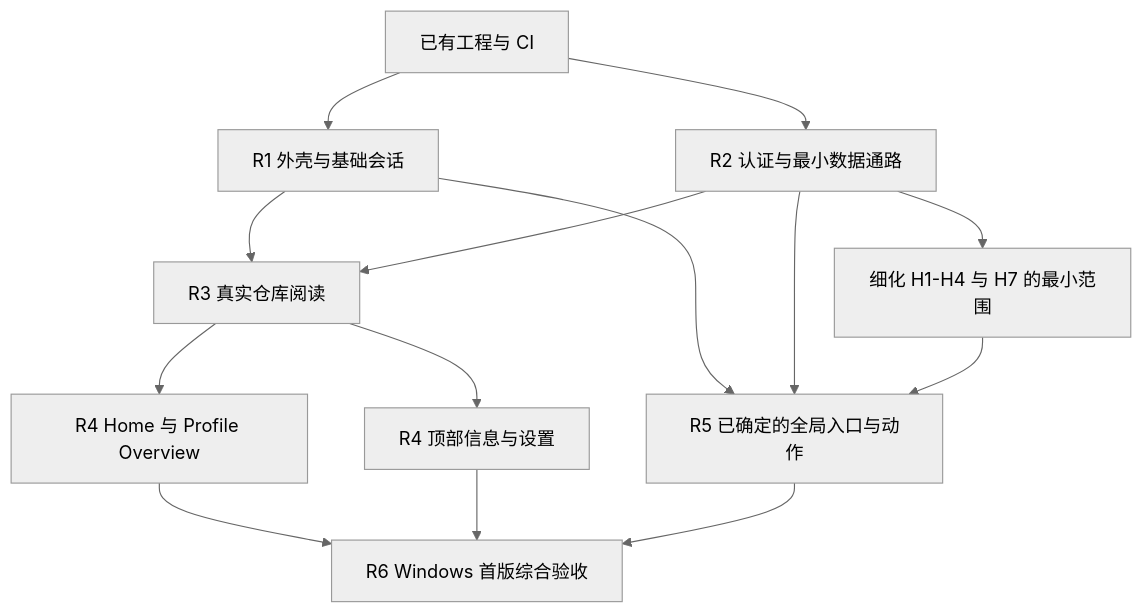
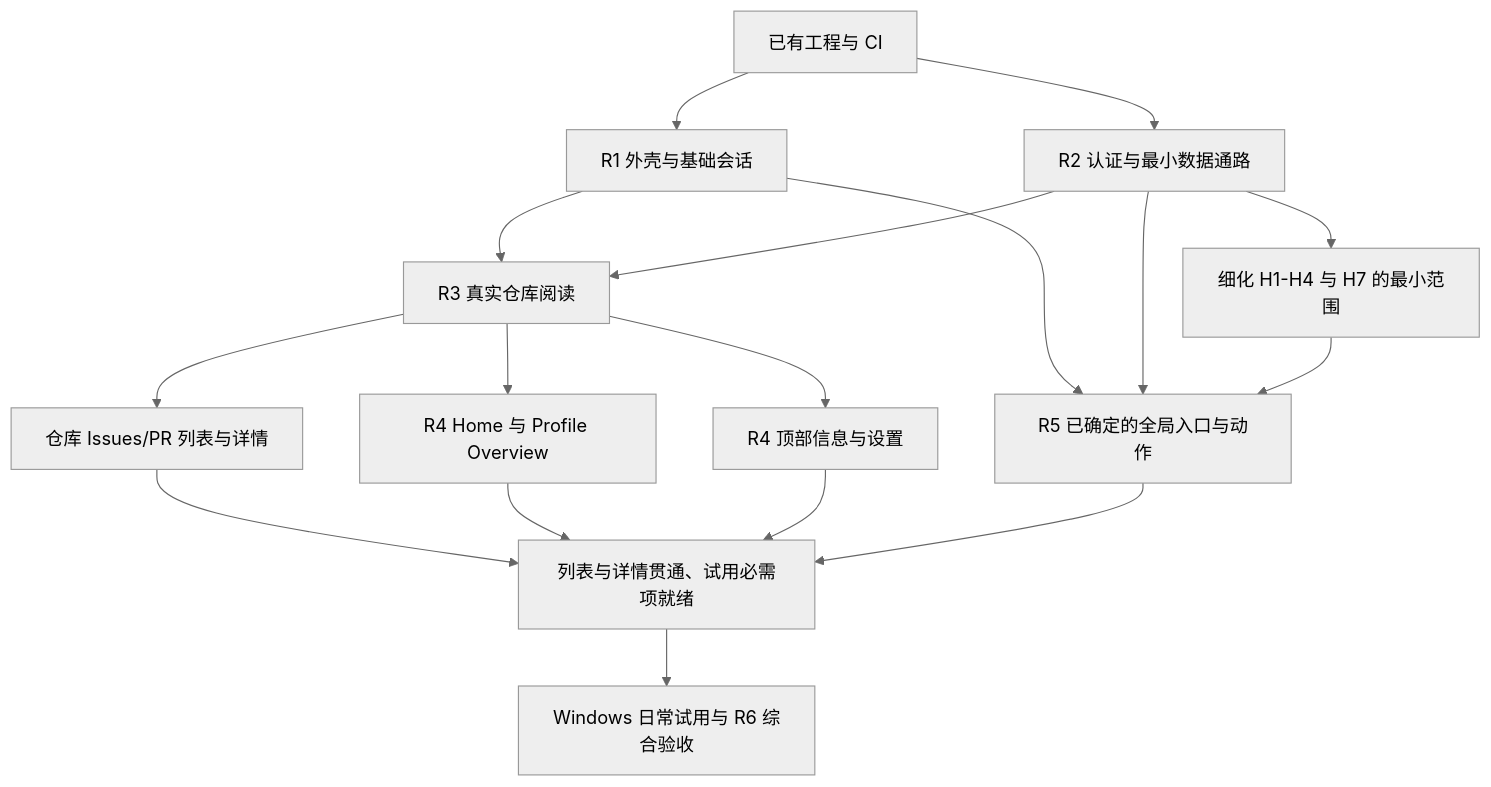
Before and after one commit to nocpiun/githux: the diagram in docs/roadmap.md, drawn with Mermaid (neutral theme). The commit also changed other lines of this file and 5 other files, not shown here.

First line of the commit message:
docs(roadmap): plan issue and pull request reading, releases, packages, and profile repositories (#104)

````diff
--- a/docs/roadmap.md
+++ b/docs/roadmap.md
@@ -50,16 +89,19 @@
 ```mermaid
 flowchart TD
     B[已有工程与 CI] --> S[R1 外壳与基础会话]
     B --> A[R2 认证与最小数据通路]
     S --> R[R3 真实仓库阅读]
     A --> R
     R --> H[R4 Home 与 Profile Overview]
     R --> I[R4 顶部信息与设置]
     A --> D[细化 H1-H4 与 H7 的最小范围]
     S --> X[R5 已确定的全局入口与动作]
     A --> X
     D --> X
-    H --> V[R6 Windows 首版综合验收]
-    I --> V
-    X --> V
+    R --> W[仓库 Issues/PR 列表与详情]
+    W --> T[列表与详情贯通、试用必需项就绪]
+    H --> T
+    I --> T
+    X --> T
+    T --> V[Windows 日常试用与 R6 综合验收]
 ```
````
